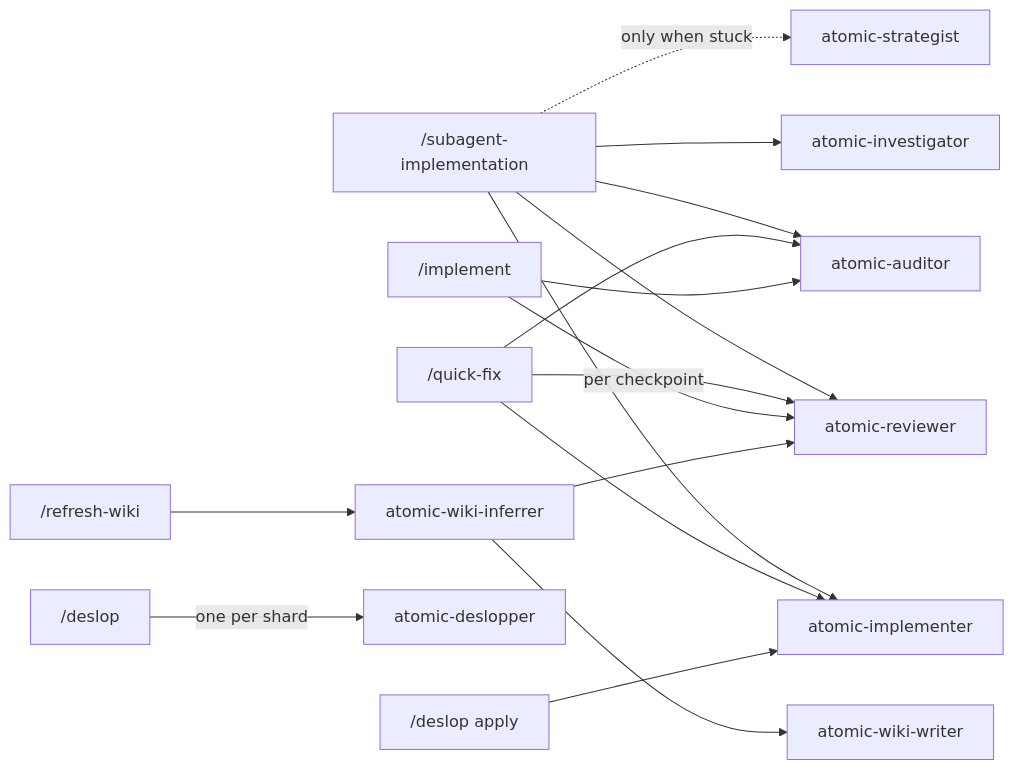
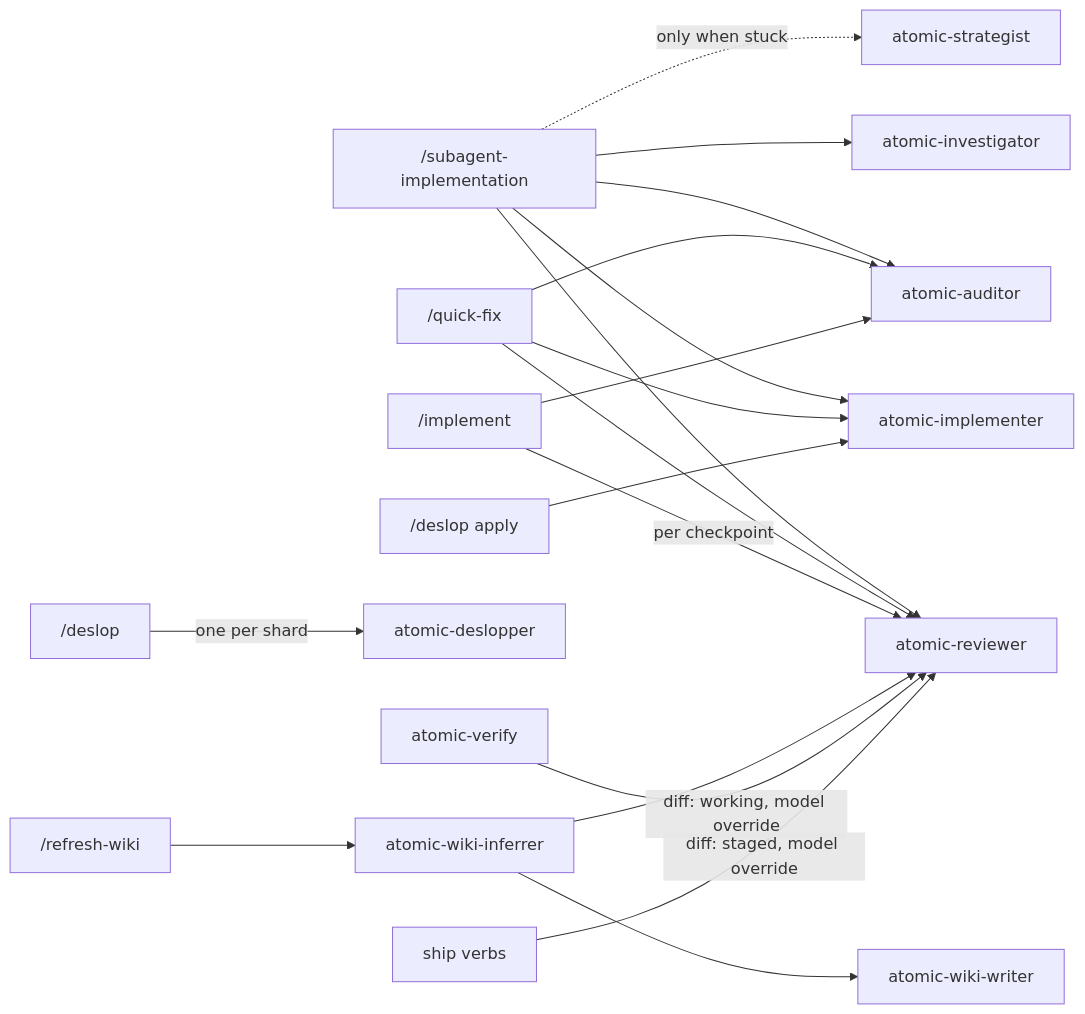
Before and after one commit to damusix/atomic-claude: the diagram in docs/reference/agents.md, drawn with Mermaid. The commit also changed other lines of this file and 11 other files, not shown here.

First line of the commit message:
feat(review-gate): gate ad-hoc completion claims with a named review

````diff
--- a/docs/reference/agents.md
+++ b/docs/reference/agents.md
@@ -10,20 +10,22 @@
 ```mermaid
 flowchart LR
     accTitle: Agent dispatch topology
-    accDescr: /subagent-implementation dispatches the investigator, implementer, reviewer, and auditor, and the strategist only when stuck. /quick-fix runs the same implementer, reviewer, and auditor without a spec. /implement dispatches no implementer at all, driving the reviewer once per checkpoint and the auditor once at the end. /refresh-wiki dispatches the wiki-inferrer, which dispatches the wiki-writer and the reviewer. /deslop fans out one deslopper per shard, and /deslop apply drives the implementer.
+    accDescr: /subagent-implementation dispatches the investigator, implementer, reviewer, and auditor, and the strategist only when stuck. /quick-fix runs the same implementer, reviewer, and auditor without a spec. /implement dispatches no implementer at all, driving the reviewer once per checkpoint and the auditor once at the end. /refresh-wiki dispatches the wiki-inferrer, which dispatches the wiki-writer and the reviewer. /deslop fans out one deslopper per shard, and /deslop apply drives the implementer. atomic-verify and the ship verbs' review gate each dispatch the reviewer, on the session's model via an explicit override, on code the main agent wrote ad-hoc, outside any loop.
     SI["/subagent-implementation"] --> INV["atomic-investigator"]
     SI --> IMP["atomic-implementer"]
     SI --> REV["atomic-reviewer"]
     SI --> AUD["atomic-auditor"]
     SI -.->|only when stuck| STR["atomic-strategist"]
     QF["/quick-fix"] --> IMP
     QF --> REV
     QF --> AUD
     IM["/implement"] -->|per checkpoint| REV
     IM --> AUD
     RW["/refresh-wiki"] --> WI["atomic-wiki-inferrer"]
     WI --> WW["atomic-wiki-writer"]
     WI --> REV
     DS["/deslop"] -->|one per shard| DSL["atomic-deslopper"]
     DSA["/deslop apply"] --> IMP
+    AV["atomic-verify"] -->|diff: working, model override| REV
+    SC["ship verbs"] -->|diff: staged, model override| REV
 ```
````
